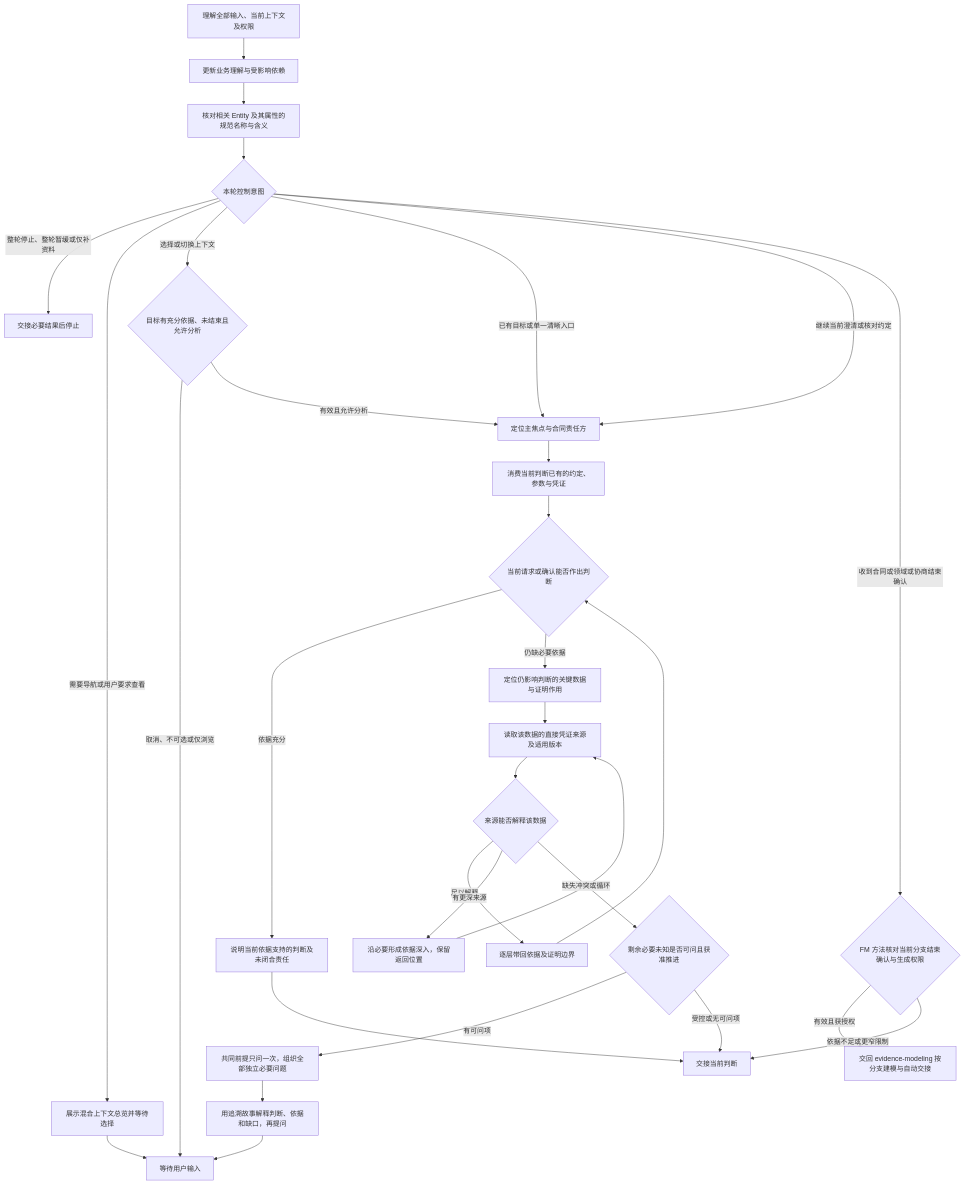
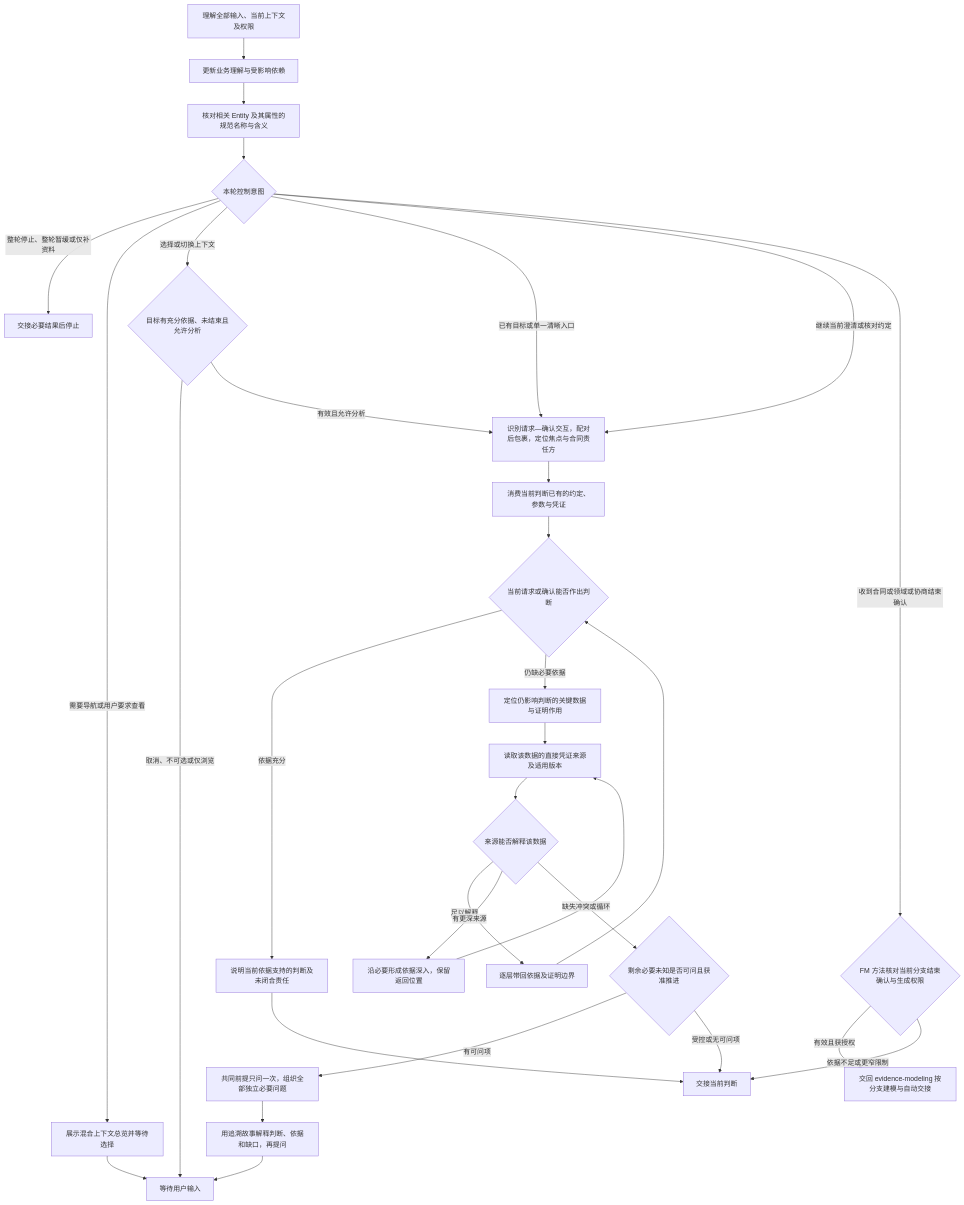
The diagram in .agents/skills/evidence-discovery/references/interview.md (JayClock/Evidence-Framework), drawn with Mermaid before and after one commit. The commit also changed other lines of this file and 89 other files, not shown here.

````diff
--- a/.agents/skills/evidence-discovery/references/interview.md
+++ b/.agents/skills/evidence-discovery/references/interview.md
@@ -9,56 +9,56 @@
 ```mermaid
 flowchart TD
     input[理解全部输入、当前上下文及权限]
     understanding[更新业务理解与受影响依赖]
     language[核对相关 Entity 及其属性的规范名称与含义]
     control{本轮控制意图}
     closure{FM 方法核对当前分支结束确认与生成权限}
     batch[交回 evidence-modeling 按分支建模与自动交接]
     navigation[展示混合上下文总览并等待选择]
     selection{目标有充分依据、未结束且允许分析}
-    focus[定位主焦点与合同责任方]
+    focus[识别请求—确认交互，配对后包裹，定位焦点与合同责任方]
     reuse[消费当前判断已有的约定、参数与凭证]
     judgment{当前请求或确认能否作出判断}
     data[定位仍影响判断的关键数据与证明作用]
     source[读取该数据的直接凭证来源及适用版本]
     basis{来源能否解释该数据}
     deepen[沿必要形成依据深入，保留返回位置]
     returning[逐层带回依据及证明边界]
     needed{剩余必要未知是否可问且获准推进}
     group[共同前提只问一次，组织全部独立必要问题]
     question[用追溯故事解释判断、依据和缺口，再提问]
     apply[说明当前依据支持的判断及未闭合责任]
     stop[交接必要结果后停止]
     handoff[交接当前判断]
     wait[等待用户输入]
     input --> understanding
     understanding --> language
     language --> control
     control -->|整轮停止、整轮暂缓或仅补资料| stop
     control -->|需要导航或用户要求查看| navigation
     control -->|选择或切换上下文| selection
     control -->|已有目标或单一清晰入口| focus
     control -->|继续当前澄清或核对约定| focus
     control -->|收到合同或领域或协商结束确认| closure
     closure -->|有效且获授权| batch
     closure -->|依据不足或更窄限制| handoff
     navigation --> wait
     selection -->|取消、不可选或仅浏览| wait
     selection -->|有效且允许分析| focus
     focus --> reuse
     reuse --> judgment
     judgment -->|依据充分| apply
     judgment -->|仍缺必要依据| data
     data --> source
     source --> basis
     basis -->|足以解释| returning
     basis -->|有更深来源| deepen
     deepen --> source
     returning --> judgment
     basis -->|缺失冲突或循环| needed
     needed -->|有可问项| group
     needed -->|受控或无可问项| handoff
     group --> question
     question --> wait
     apply --> handoff
 ```
````
